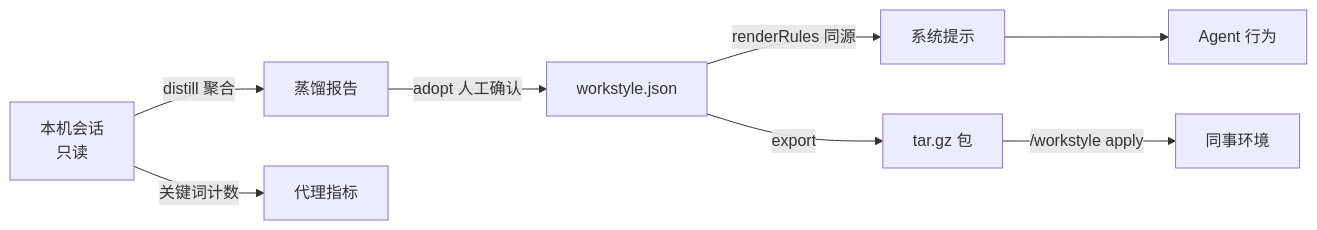
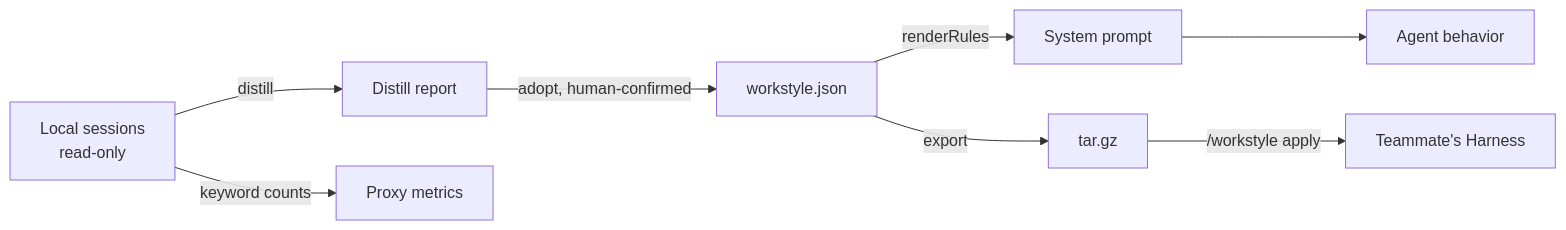
One commit to iannil/dsh-workstyle changed the diagram in README.md. Above: the diagram before and after it, drawn with Mermaid. The commit also changed other lines of this file and 1 other file, not shown here.

````diff
--- a/README.md
+++ b/README.md
@@ -68,10 +61,10 @@
 ```mermaid
 graph LR
-  S["本机会话<br/>只读"] -->|distill 聚合| D[蒸馏报告]
-  D -->|adopt 人工确认| P[workstyle.json]
-  P -->|renderRules 同源| T[系统提示]
-  T --> A[Agent 行为]
-  S -->|关键词计数| M[代理指标]
-  P -->|export| X[tar.gz 包]
-  X -->|/workstyle apply| P2[同事环境]
+  S["Local sessions<br/>read-only"] -->|distill| D[Distill report]
+  D -->|adopt, human-confirmed| P[workstyle.json]
+  P -->|renderRules| T[System prompt]
+  T --> A[Agent behavior]
+  S -->|keyword counts| M[Proxy metrics]
+  P -->|export| X[tar.gz]
+  X -->|/workstyle apply| P2[Teammate's Harness]
 ```
````
